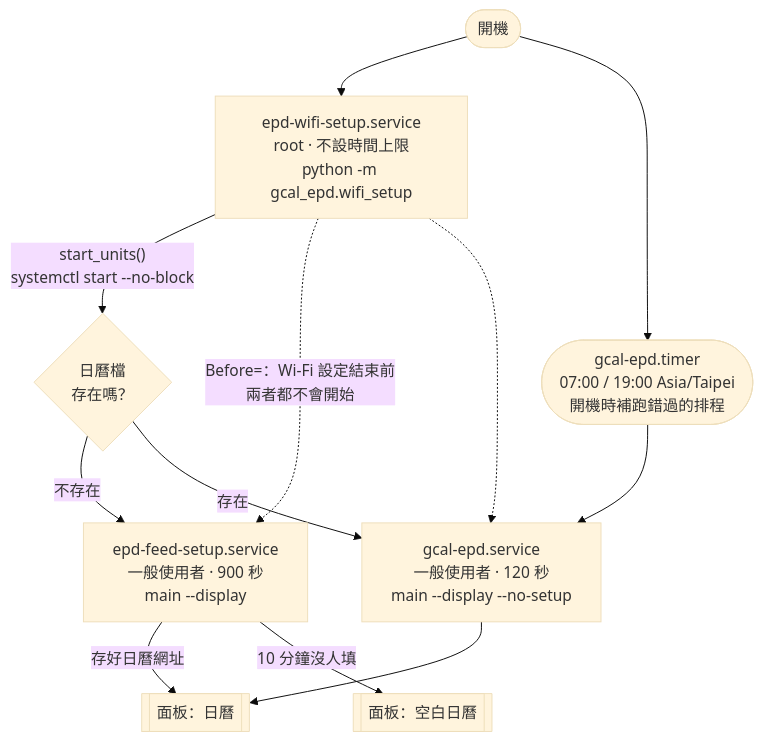
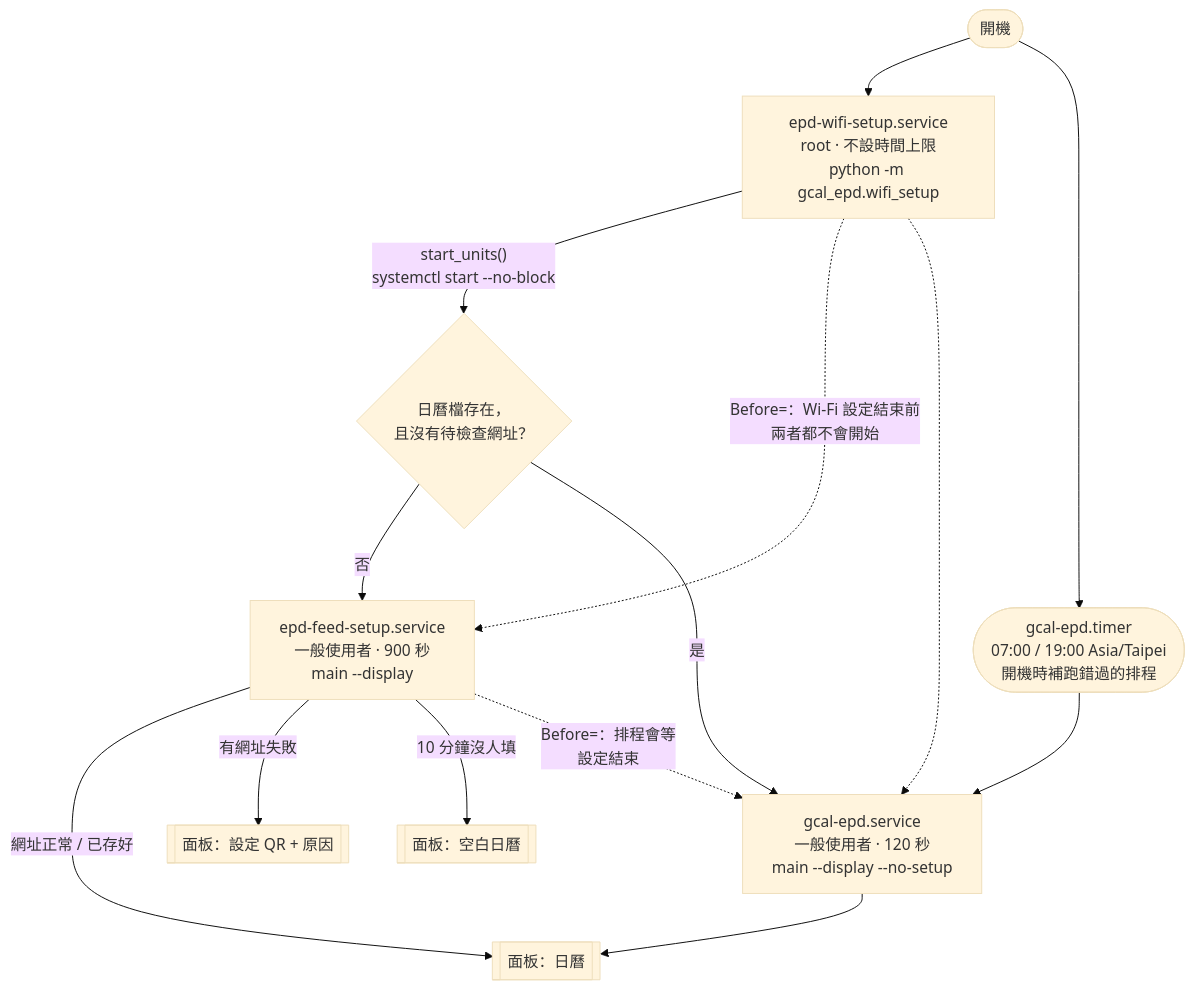
The third of 6 diagrams in docs/ARCHITECTURE.zh-TW.md (ShengKai234/google-calendar-api), drawn with Mermaid (base theme) before and after one commit. The commit also changed other lines of this file and 5 other files, not shown here.

````diff
--- a/docs/ARCHITECTURE.zh-TW.md
+++ b/docs/ARCHITECTURE.zh-TW.md
@@ -107,14 +110,16 @@
 ```mermaid
 flowchart TB
   BOOT(["開機"]) --> W["epd-wifi-setup.service<br/>root · 不設時間上限<br/>python -m gcal_epd.wifi_setup"]
   BOOT --> TIMER
-  W -->|"start_units()<br/>systemctl start --no-block"| COND{"日曆檔<br/>存在嗎？"}
-  COND -->|"不存在"| F["epd-feed-setup.service<br/>一般使用者 · 900 秒<br/>main --display"]
-  COND -->|"存在"| G["gcal-epd.service<br/>一般使用者 · 120 秒<br/>main --display --no-setup"]
+  W -->|"start_units()<br/>systemctl start --no-block"| COND{"日曆檔存在，<br/>且沒有待檢查網址？"}
+  COND -->|"否"| F["epd-feed-setup.service<br/>一般使用者 · 900 秒<br/>main --display"]
+  COND -->|"是"| G["gcal-epd.service<br/>一般使用者 · 120 秒<br/>main --display --no-setup"]
   TIMER(["gcal-epd.timer<br/>07:00 / 19:00 Asia/Taipei<br/>開機時補跑錯過的排程"]) --> G
-  F -->|"存好日曆網址"| PANEL[["面板：日曆"]]
+  F -->|"網址正常 / 已存好"| PANEL[["面板：日曆"]]
+  F -->|"有網址失敗"| ERRQ[["面板：設定 QR + 原因"]]
   F -->|"10 分鐘沒人填"| EMPTY[["面板：空白日曆"]]
   G --> PANEL
   W -.->|"Before=：Wi-Fi 設定結束前<br/>兩者都不會開始"| F
   W -.-> G
+  F -.->|"Before=：排程會等<br/>設定結束"| G
 ```
````
